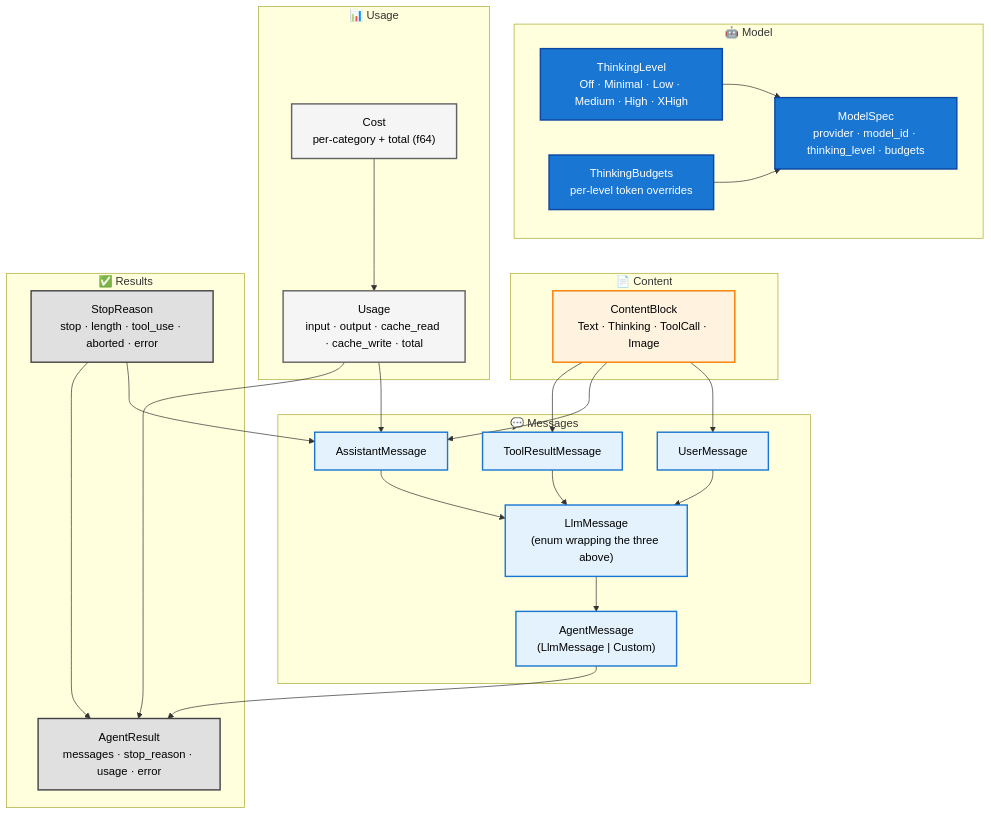
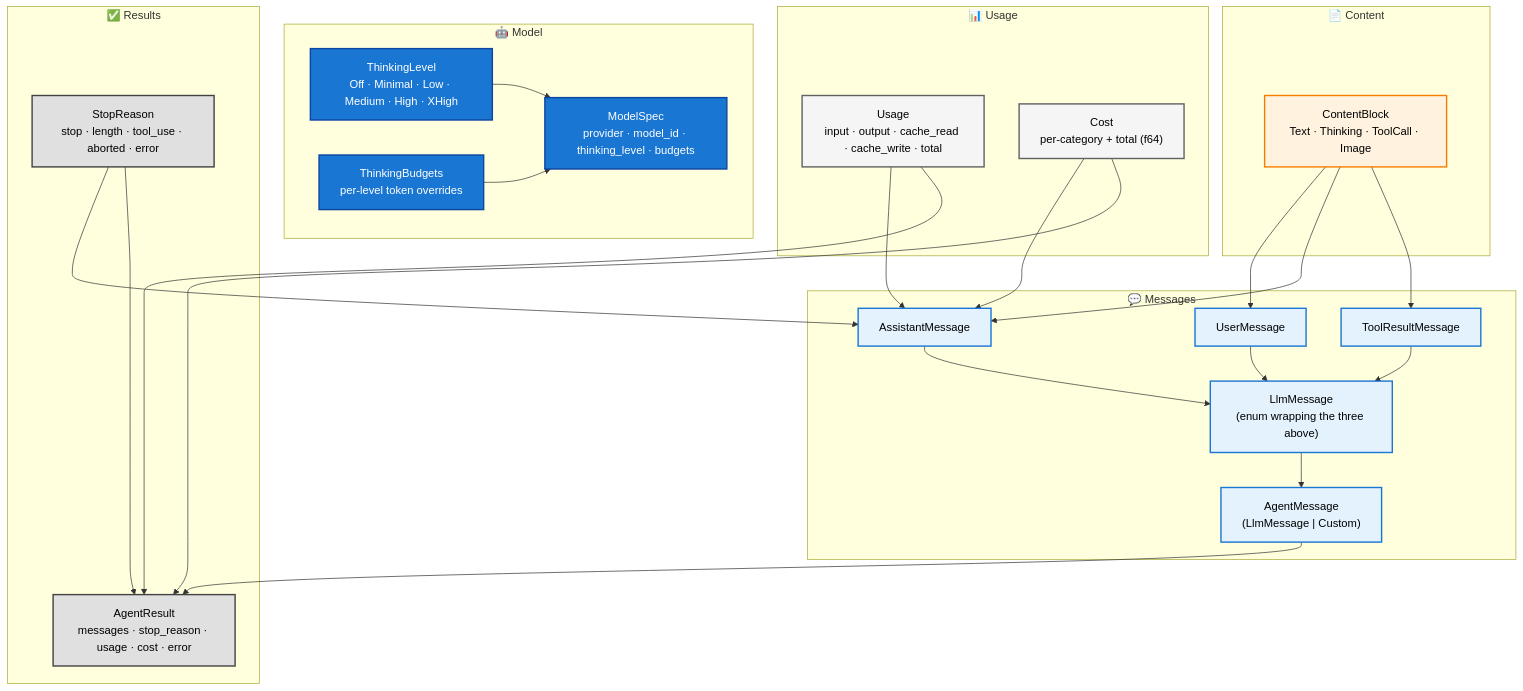
The first of 4 diagrams in docs/architecture/data-model/README.md (SuperSwinkAI/Swink-Agent), drawn with Mermaid before and after one commit. The commit also changed other lines of this file and 22 other files, not shown here.

````diff
--- a/docs/architecture/data-model/README.md
+++ b/docs/architecture/data-model/README.md
@@ -14,58 +14,59 @@
 ```mermaid
 flowchart TB
     subgraph ContentLayer["📄 Content"]
         ContentBlock["ContentBlock<br/>Text · Thinking · ToolCall · Image"]
     end
 
     subgraph MessageLayer["💬 Messages"]
         UserMessage["UserMessage"]
         AssistantMessage["AssistantMessage"]
         ToolResultMessage["ToolResultMessage"]
         LlmMessage["LlmMessage<br/>(enum wrapping the three above)"]
         AgentMessage["AgentMessage<br/>(LlmMessage | Custom)"]
     end
 
     subgraph ModelLayer["🤖 Model"]
         ModelSpec["ModelSpec<br/>provider · model_id · thinking_level · budgets"]
         ThinkingLevel["ThinkingLevel<br/>Off · Minimal · Low · Medium · High · XHigh"]
         ThinkingBudgets["ThinkingBudgets<br/>per-level token overrides"]
     end
 
     subgraph UsageLayer["📊 Usage"]
         Usage["Usage<br/>input · output · cache_read · cache_write · total"]
         Cost["Cost<br/>per-category + total (f64)"]
     end
 
     subgraph ResultLayer["✅ Results"]
-        AgentResult["AgentResult<br/>messages · stop_reason · usage · error"]
+        AgentResult["AgentResult<br/>messages · stop_reason · usage · cost · error"]
         StopReason["StopReason<br/>stop · length · tool_use · aborted · error"]
     end
 
     ContentBlock --> UserMessage
     ContentBlock --> AssistantMessage
     ContentBlock --> ToolResultMessage
     UserMessage --> LlmMessage
     AssistantMessage --> LlmMessage
     ToolResultMessage --> LlmMessage
     LlmMessage --> AgentMessage
     Usage --> AssistantMessage
-    Cost --> Usage
+    Cost --> AssistantMessage
+    Cost --> AgentResult
     StopReason --> AssistantMessage
     StopReason --> AgentResult
     Usage --> AgentResult
     AgentMessage --> AgentResult
     ThinkingLevel --> ModelSpec
     ThinkingBudgets --> ModelSpec
 
     classDef contentStyle fill:#fff3e0,stroke:#f57c00,stroke-width:2px,color:#000
     classDef messageStyle fill:#e3f2fd,stroke:#1976d2,stroke-width:2px,color:#000
     classDef modelStyle fill:#1976d2,stroke:#0d47a1,stroke-width:2px,color:#fff
     classDef usageStyle fill:#f5f5f5,stroke:#616161,stroke-width:2px,color:#000
     classDef resultStyle fill:#e0e0e0,stroke:#424242,stroke-width:2px,color:#000
 
     class ContentBlock contentStyle
     class UserMessage,AssistantMessage,ToolResultMessage,LlmMessage,AgentMessage messageStyle
     class ModelSpec,ThinkingLevel,ThinkingBudgets modelStyle
     class Usage,Cost usageStyle
     class AgentResult,StopReason resultStyle
 ```
````
